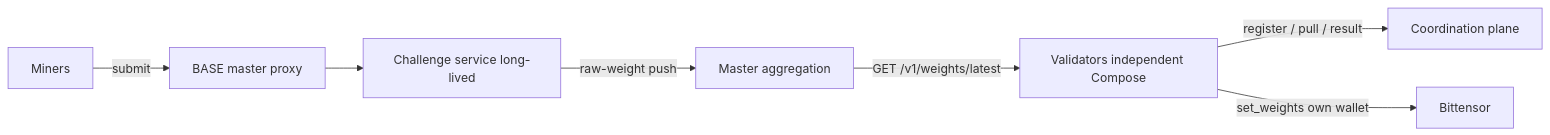
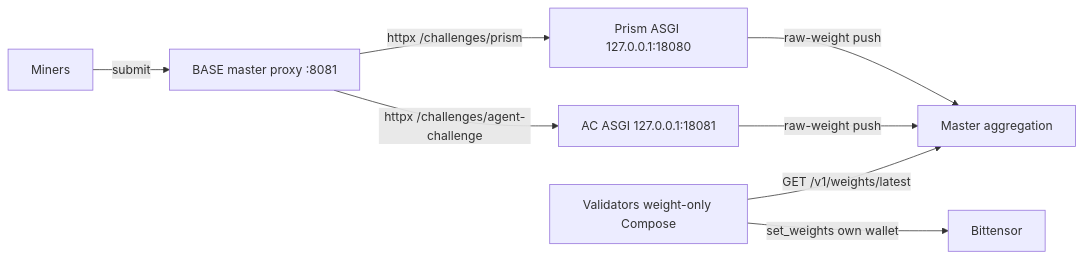
Before and after one commit to BaseIntelligence/base: the first of 2 diagrams in docs/architecture.md, drawn with Mermaid. The commit also changed other lines of this file and 6 other files, not shown here.

First line of the commit message:
docs(master-embed): seal architecture/compose/deploy + public path safety

````diff
--- a/docs/architecture.md
+++ b/docs/architecture.md
@@ -14,9 +14,10 @@
 ```mermaid
 flowchart LR
-    M[Miners] -->|submit| P["BASE master proxy"]
-    P --> C[Challenge service long-lived]
-    C -->|raw-weight push| G[Master aggregation]
-    V[Validators independent Compose] -->|register / pull / result| CP[Coordination plane]
-    G -->|GET /v1/weights/latest| V
+    M[Miners] -->|submit| P["BASE master proxy :8081"]
+    P -->|httpx /challenges/prism| PR["Prism ASGI 127.0.0.1:18080"]
+    P -->|httpx /challenges/agent-challenge| AC["AC ASGI 127.0.0.1:18081"]
+    PR -->|raw-weight push| G[Master aggregation]
+    AC -->|raw-weight push| G
+    V[Validators weight-only Compose] -->|GET /v1/weights/latest| G
     V -->|set_weights own wallet| BT[Bittensor]
 ```
````
